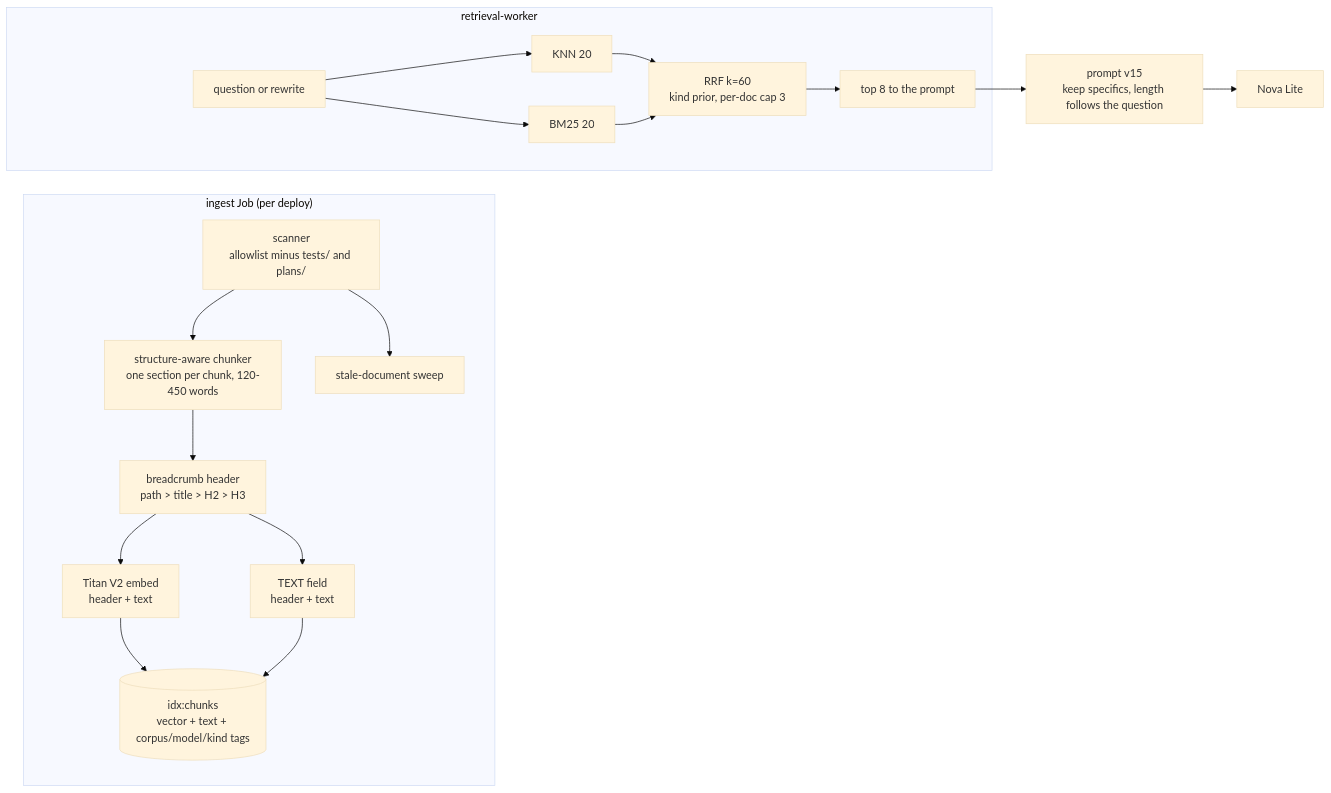
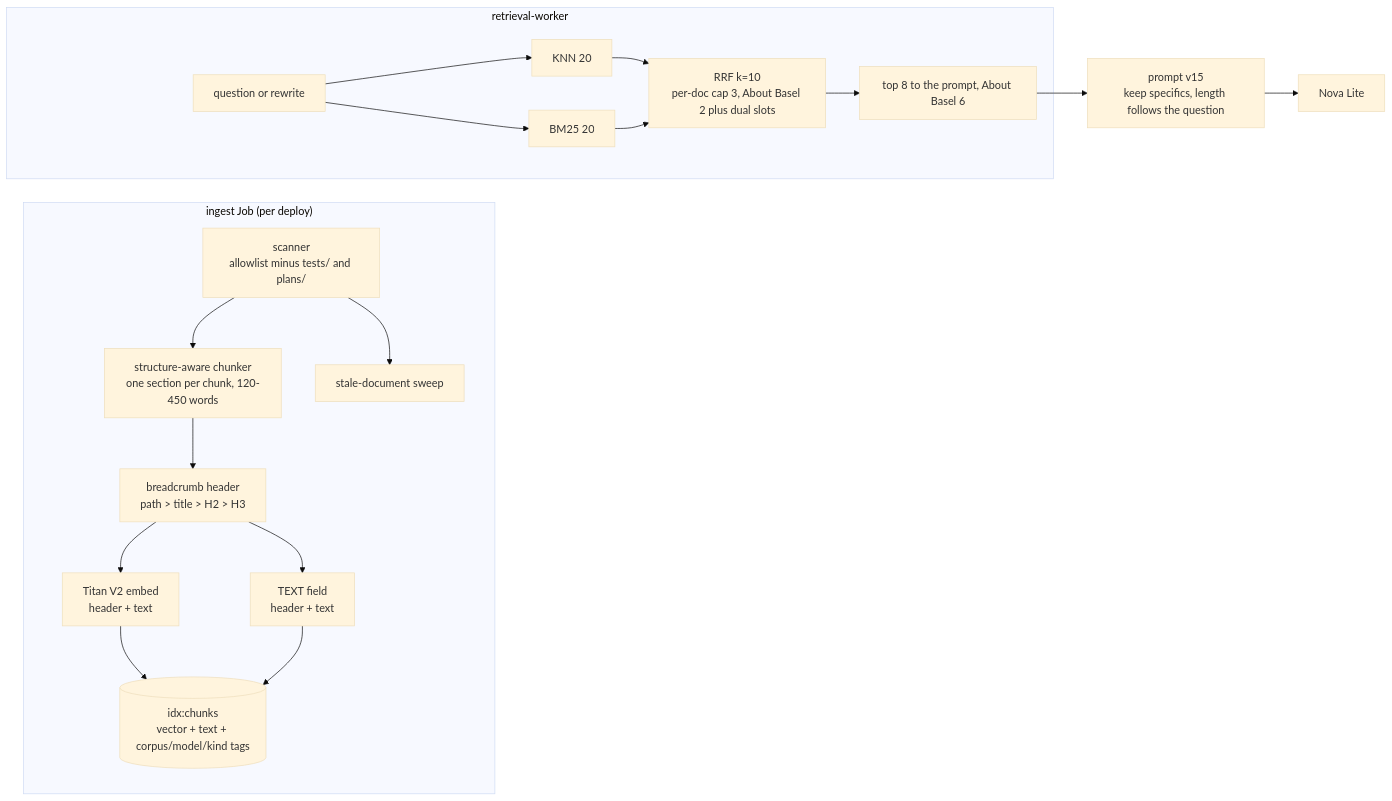
One commit to hacka-tron/basel.engineering changed the diagram in docs/DESIGN-005-rag-quality.md. Above: the diagram before and after it, drawn with Mermaid (base theme). The commit also changed other lines of this file and 8 other files, not shown here.

Commit message:
rag p8: docs and diagram describe hybrid search; planned-label pins

````diff
--- a/docs/DESIGN-005-rag-quality.md
+++ b/docs/DESIGN-005-rag-quality.md
@@ -161,21 +161,21 @@
 ```mermaid
 flowchart LR
     subgraph Ingest["ingest Job (per deploy)"]
         S[scanner<br/>allowlist minus tests/ and plans/] --> C[structure-aware chunker<br/>one section per chunk, 120-450 words]
         C --> H[breadcrumb header<br/>path > title > H2 > H3]
         H --> E[Titan V2 embed<br/>header + text]
         H --> T[TEXT field<br/>header + text]
         E --> IDX[(idx:chunks<br/>vector + text + corpus/model/kind tags)]
         T --> IDX
         S --> SW[stale-document sweep]
     end
     subgraph Ask["retrieval-worker"]
         Q[question or rewrite] --> KNN[KNN 20]
         Q --> BM[BM25 20]
-        KNN --> F[RRF k=60<br/>kind prior, per-doc cap 3]
+        KNN --> F[RRF k=10<br/>per-doc cap 3, About Basel 2 plus dual slots]
         BM --> F
-        F --> TOP[top 8 to the prompt]
+        F --> TOP[top 8 to the prompt, About Basel 6]
     end
     TOP --> P[prompt v15<br/>keep specifics, length follows the question]
     P --> LLM[Nova Lite]
 ```
````
